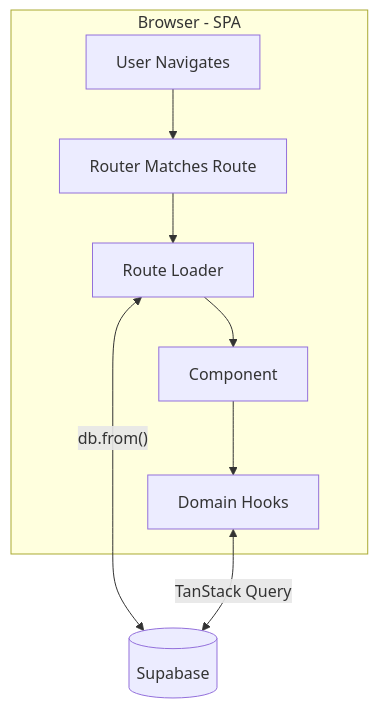
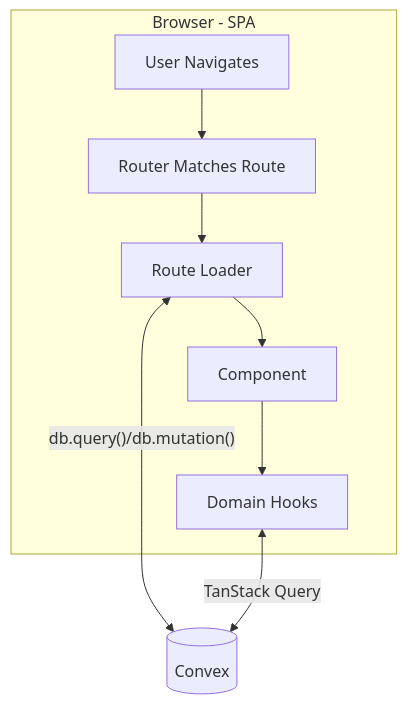
One commit to ndelangen/tanstack-start changed the diagram in docs/architecture.md. Above: the diagram before and after it, drawn with Mermaid. The commit also changed other lines of this file and 80 other files, not shown here.

````diff
--- a/docs/architecture.md
+++ b/docs/architecture.md
@@ -5,11 +5,11 @@
 ```mermaid
 flowchart TD
     subgraph Browser [Browser - SPA]
         Nav[User Navigates] --> Router[Router Matches Route]
         Router --> Loader[Route Loader]
         Loader --> Component[Component]
         Component --> DomainHooks[Domain Hooks]
     end
-    Loader <-->|"db.from()"| Supabase[(Supabase)]
-    DomainHooks <-->|"TanStack Query"| Supabase
+    Loader <-->|"db.query()/db.mutation()"| Convex[(Convex)]
+    DomainHooks <-->|"TanStack Query"| Convex
 ```
````
